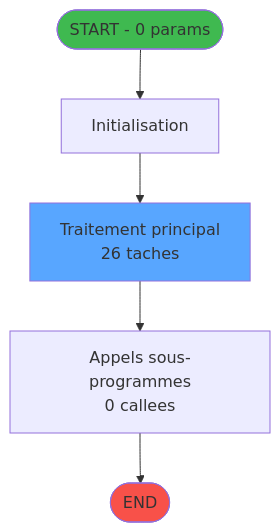
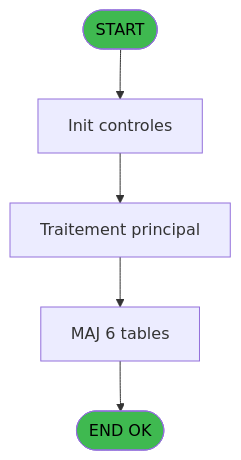
One commit to thonyAGP/magic-migration changed the first of 3 diagrams in .openspec/specs/ADH-IDE-210.md. Above: the diagram before and after it, drawn with Mermaid. The commit also changed other lines of this file and 253 other files, not shown here.

````diff
--- a/.openspec/specs/ADH-IDE-210.md
+++ b/.openspec/specs/ADH-IDE-210.md
@@ -94,14 +438,14 @@
 ```mermaid
 flowchart TD
-    START([START - 0 params])
-    INIT["Initialisation"]
-    PROCESS["Traitement principal<br/>26 taches"]
-    CALLS["Appels sous-programmes<br/>0 callees"]
-    ENDOK([END])
+    START([START])
+    INIT[Init controles]
+    SAISIE[Traitement principal]
+    UPDATE[MAJ 6 tables]
+    ENDOK([END OK])
 
-    START --> INIT --> PROCESS --> CALLS --> ENDOK
+    START --> INIT --> SAISIE
+    SAISIE --> UPDATE --> ENDOK
 
-    style START fill:#3fb950
-    style ENDOK fill:#f85149
-    style PROCESS fill:#58a6ff
+    style START fill:#3fb950,color:#000
+    style ENDOK fill:#3fb950,color:#000
 ```
````
